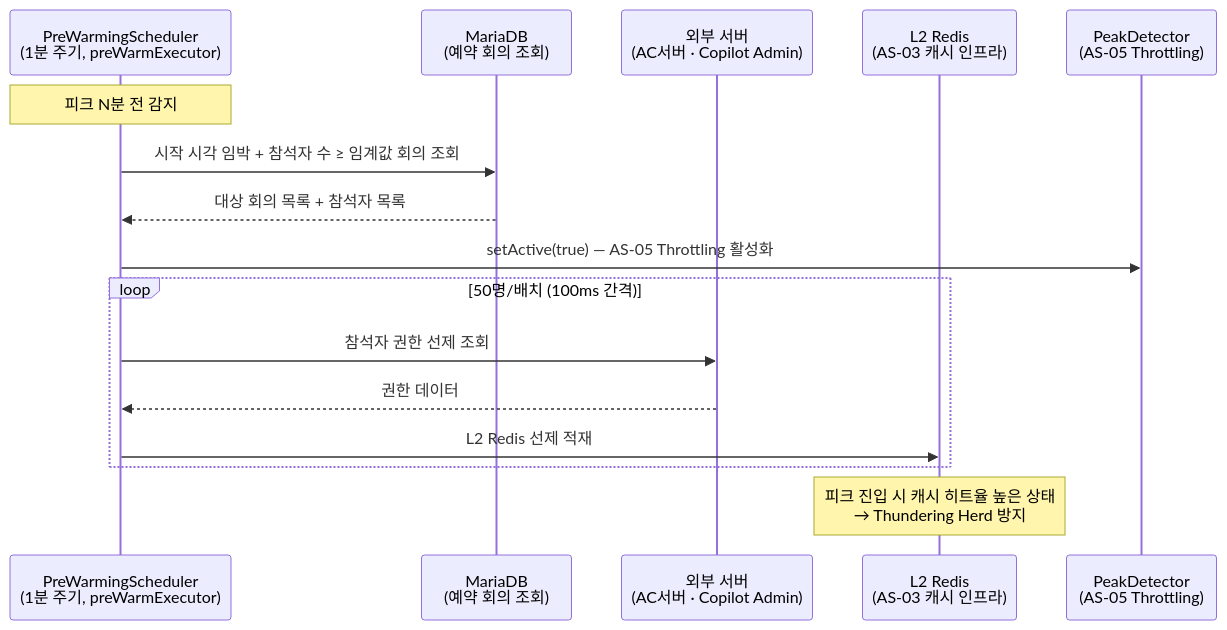
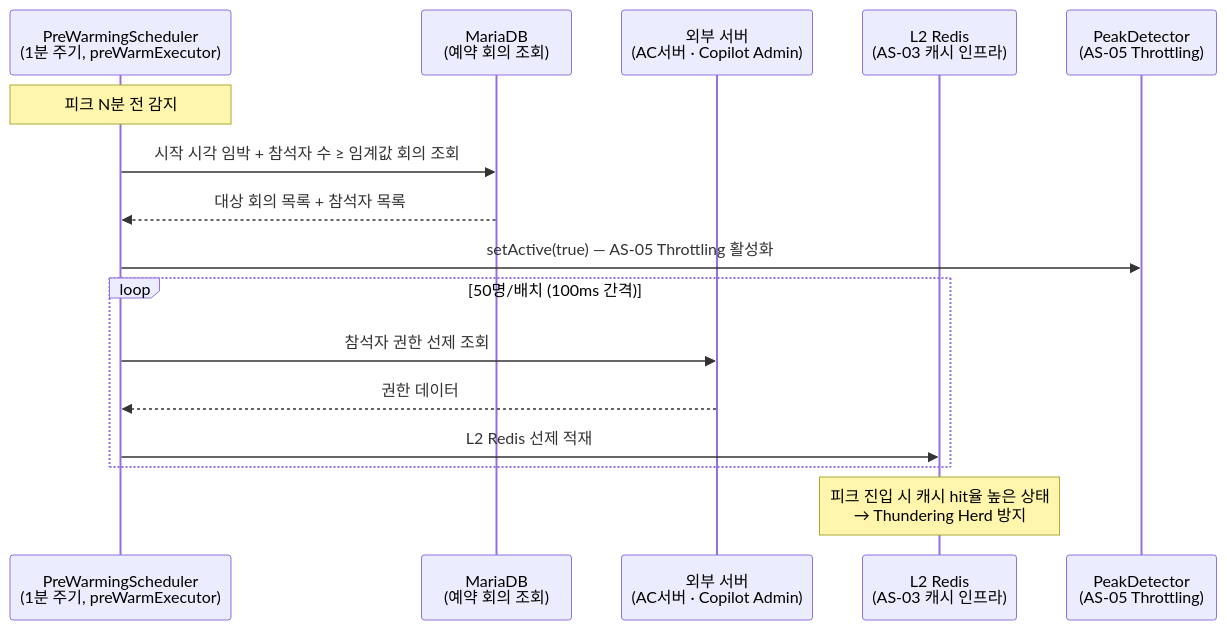
Before and after one commit to sujinnkim/A_Personal: diagram 21 of 40 in report/3/3.2-아키텍처문제분석및설계전략.md, drawn with Mermaid. The commit also changed other lines of this file and 10 other files, not shown here.

````diff
--- a/report/3/3.2-아키텍처문제분석및설계전략.md
+++ b/report/3/3.2-아키텍처문제분석및설계전략.md
@@ -629,19 +629,19 @@
 ```mermaid
 sequenceDiagram
     participant SCH as PreWarmingScheduler<br/>(1분 주기, preWarmExecutor)
     participant DB as MariaDB<br/>(예약 회의 조회)
     participant EXT as 외부 서버<br/>(AC서버 · Copilot Admin)
     participant L2 as L2 Redis<br/>(AS-03 캐시 인프라)
     participant PD as PeakDetector<br/>(AS-05 Throttling)
 
     Note over SCH: 피크 N분 전 감지
     SCH->>DB: 시작 시각 임박 + 참석자 수 ≥ 임계값 회의 조회
     DB-->>SCH: 대상 회의 목록 + 참석자 목록
     SCH->>PD: setActive(true) — AS-05 Throttling 활성화
     loop 50명/배치 (100ms 간격)
         SCH->>EXT: 참석자 권한 선제 조회
         EXT-->>SCH: 권한 데이터
         SCH->>L2: L2 Redis 선제 적재
     end
-    Note over L2: 피크 진입 시 캐시 히트율 높은 상태<br/>→ Thundering Herd 방지
+    Note over L2: 피크 진입 시 캐시 hit율 높은 상태<br/>→ Thundering Herd 방지
 ```
````
